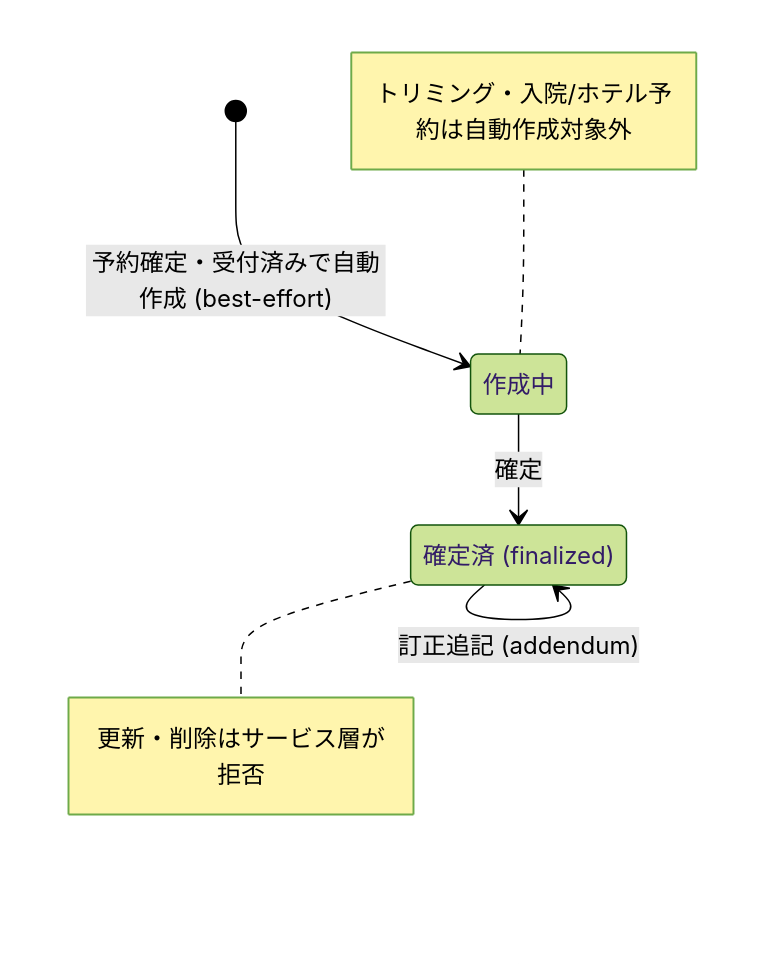
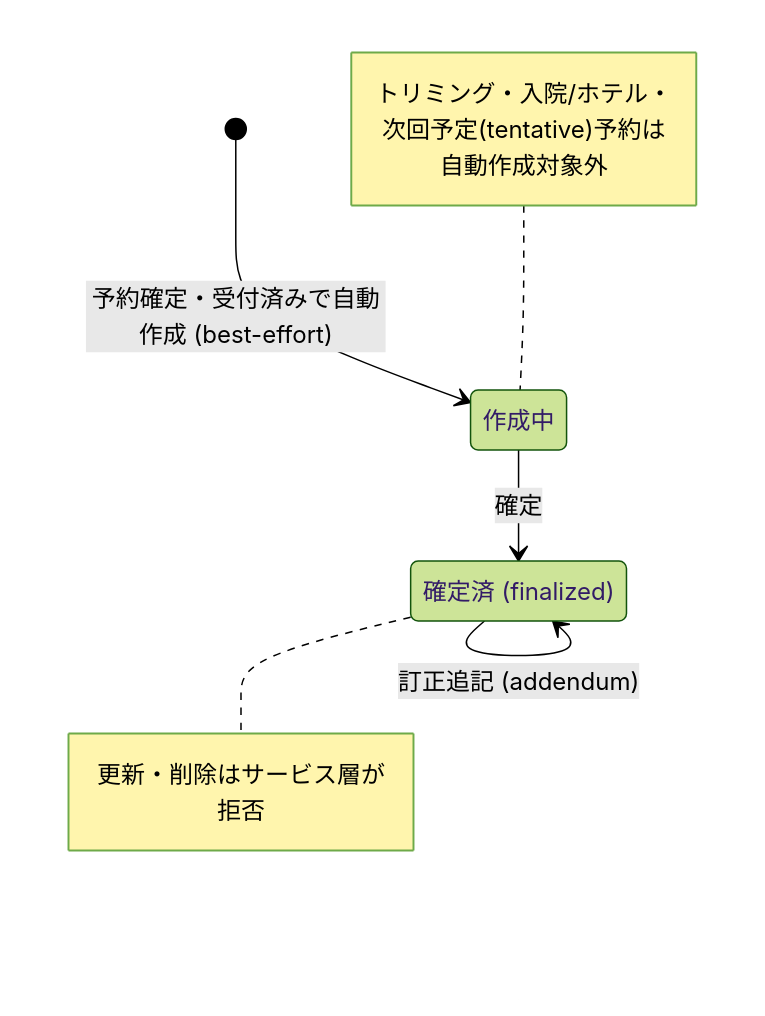
The diagram in docs/spec/screens/05-medical-records-list.md (MinoruSoga/AnimalEkarte), drawn with Mermaid (forest theme) before and after one commit. The commit also changed other lines of this file and 52 other files, not shown here.

````diff
--- a/docs/spec/screens/05-medical-records-list.md
+++ b/docs/spec/screens/05-medical-records-list.md
@@ -48,11 +48,11 @@
 ```mermaid
 stateDiagram-v2
     state "作成中" as draft
     state "確定済 (finalized)" as fin
 
     [*] --> draft : 予約確定・受付済みで自動作成 (best-effort)
     draft --> fin : 確定
     fin --> fin : 訂正追記 (addendum)
-    note left of draft : トリミング・入院/ホテル予約は自動作成対象外
+    note left of draft : トリミング・入院/ホテル・次回予定(tentative)予約は自動作成対象外
     note right of fin : 更新・削除はサービス層が拒否
 ```
````
